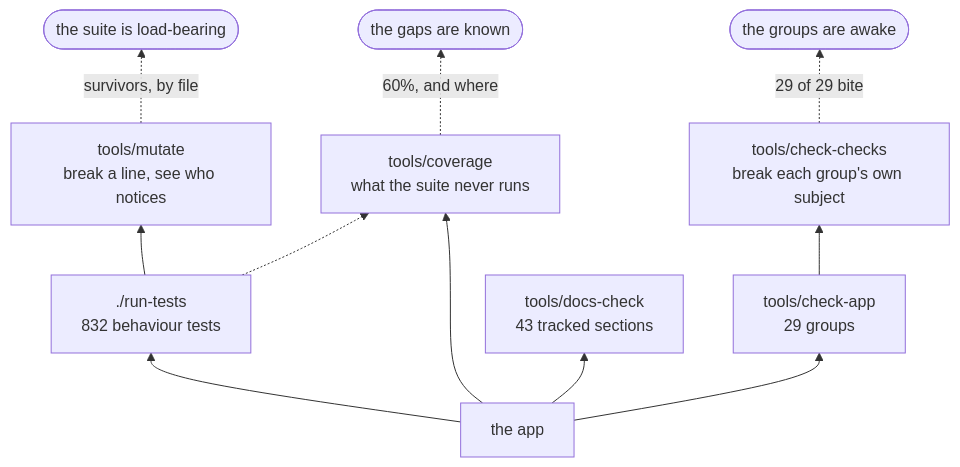
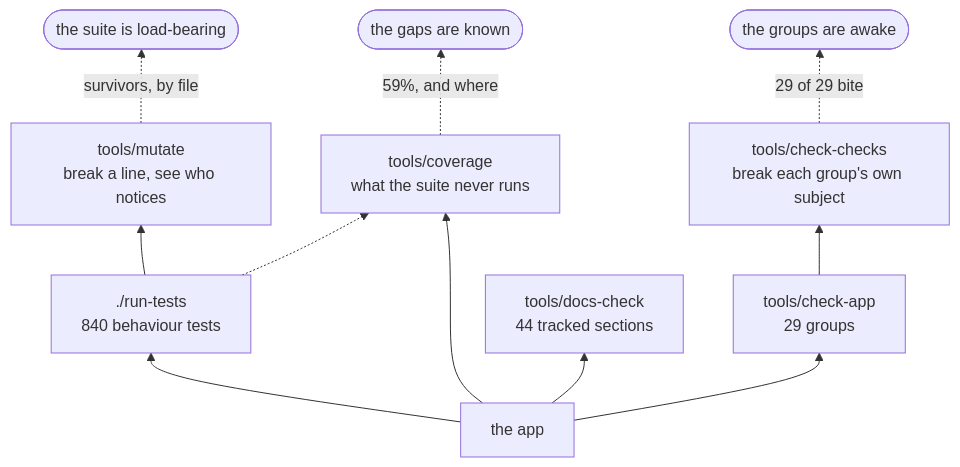
Before and after one commit to minormending/crystal-pilot-mobile: the second of 2 diagrams in docs/DEVELOPING.md, drawn with Mermaid. The commit also changed other lines of this file and 2 other files, not shown here.

First line of the commit message:
Tests for the card, and a fake cartridge that can be short of a table

````diff
--- a/docs/DEVELOPING.md
+++ b/docs/DEVELOPING.md
@@ -127,13 +127,13 @@
 ```mermaid
 flowchart BT
-    C["the app"] --> T["./run-tests<br/>832 behaviour tests"]
+    C["the app"] --> T["./run-tests<br/>840 behaviour tests"]
     C --> A["tools/check-app<br/>29 groups"]
-    C --> D["tools/docs-check<br/>43 tracked sections"]
+    C --> D["tools/docs-check<br/>44 tracked sections"]
     C --> V["tools/coverage<br/>what the suite never runs"]
     T --> M["tools/mutate<br/>break a line, see who notices"]
     A --> K["tools/check-checks<br/>break each group's own subject"]
     T -.-> V
     M -.->|"survivors, by file"| R(["the suite is load-bearing"])
     K -.->|"29 of 29 bite"| R2(["the groups are awake"])
-    V -.->|"60%, and where"| R3(["the gaps are known"])
+    V -.->|"59%, and where"| R3(["the gaps are known"])
 ```
````
